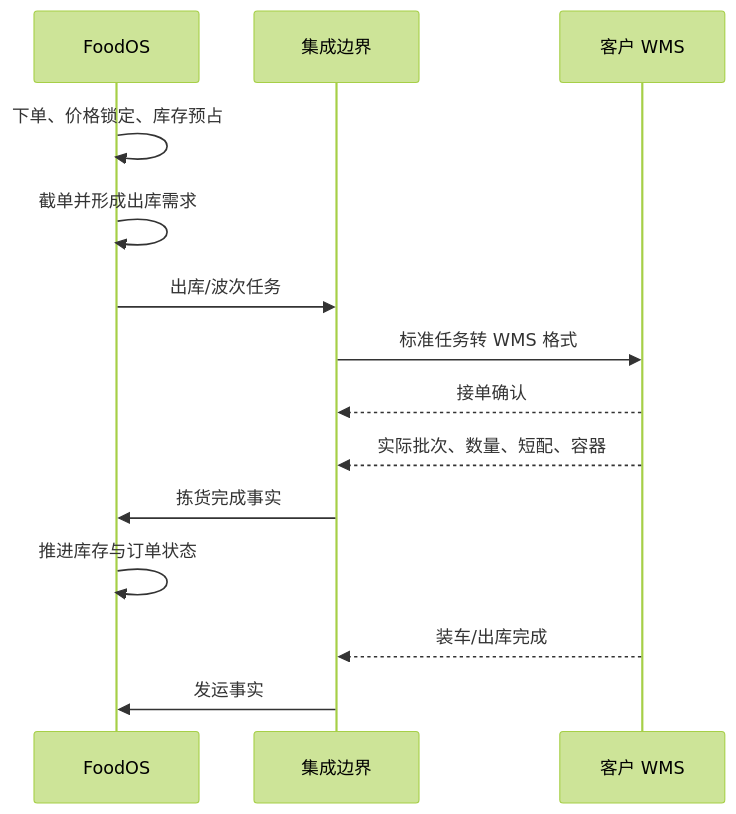
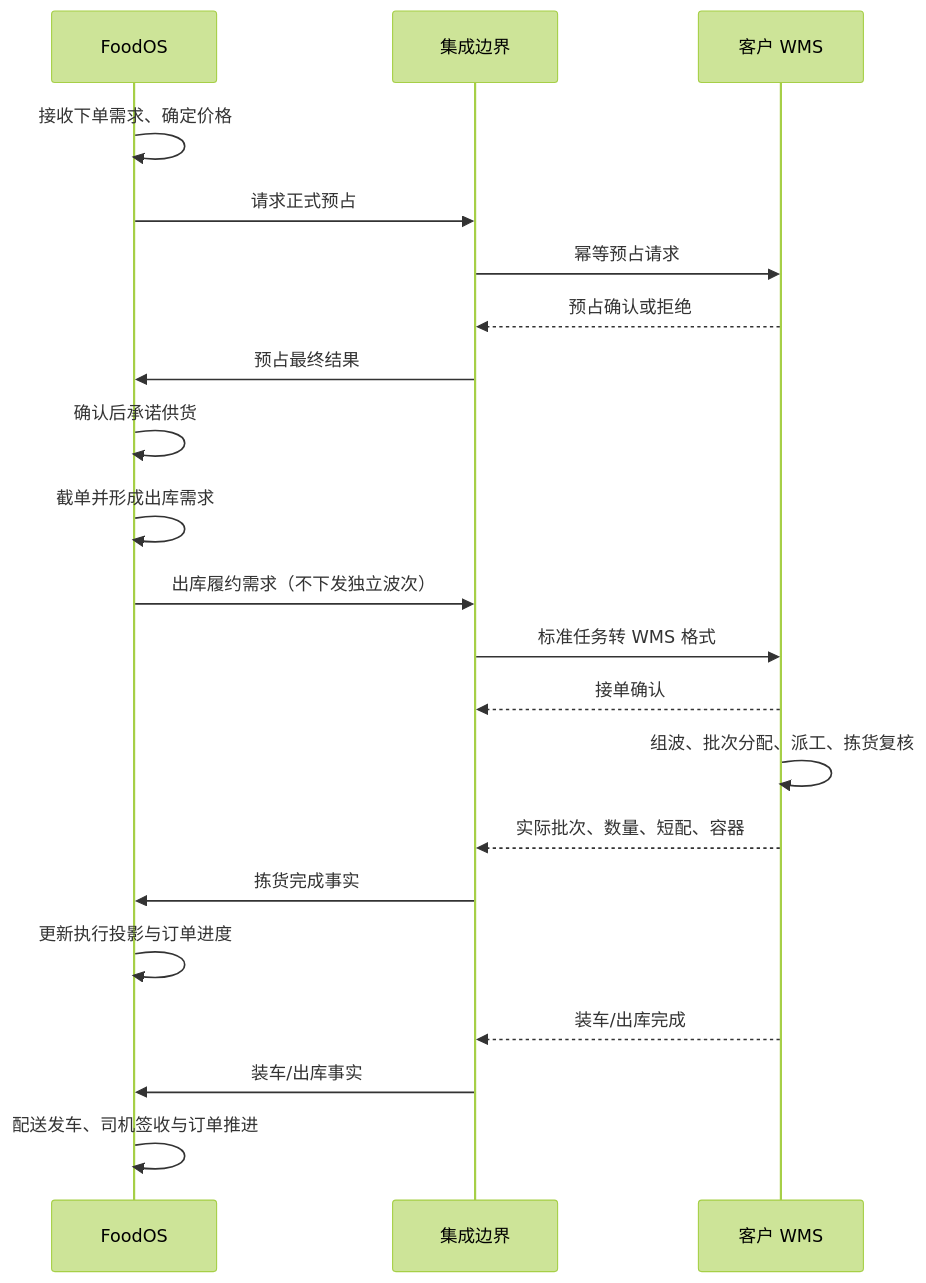
One commit to yusliao/FoodOS changed the third of 3 diagrams in doc/FoodOS-客户WMS对接-技术方案.md. Above: the diagram before and after it, drawn with Mermaid (forest theme). The commit also changed other lines of this file and 48 other files, not shown here.

````diff
--- a/doc/FoodOS-客户WMS对接-技术方案.md
+++ b/doc/FoodOS-客户WMS对接-技术方案.md
@@ -224,16 +226,23 @@
 ```mermaid
 sequenceDiagram
     participant F as FoodOS
     participant G as 集成边界
     participant W as 客户 WMS
-    F->>F: 下单、价格锁定、库存预占
+    F->>F: 接收下单需求、确定价格
+    F->>G: 请求正式预占
+    G->>W: 幂等预占请求
+    W-->>G: 预占确认或拒绝
+    G->>F: 预占最终结果
+    F->>F: 确认后承诺供货
     F->>F: 截单并形成出库需求
-    F->>G: 出库/波次任务
+    F->>G: 出库履约需求（不下发独立波次）
     G->>W: 标准任务转 WMS 格式
     W-->>G: 接单确认
+    W->>W: 组波、批次分配、派工、拣货复核
     W-->>G: 实际批次、数量、短配、容器
     G->>F: 拣货完成事实
-    F->>F: 推进库存与订单状态
+    F->>F: 更新执行投影与订单进度
     W-->>G: 装车/出库完成
-    G->>F: 发运事实
+    G->>F: 装车/出库事实
+    F->>F: 配送发车、司机签收与订单推进
 ```
````
